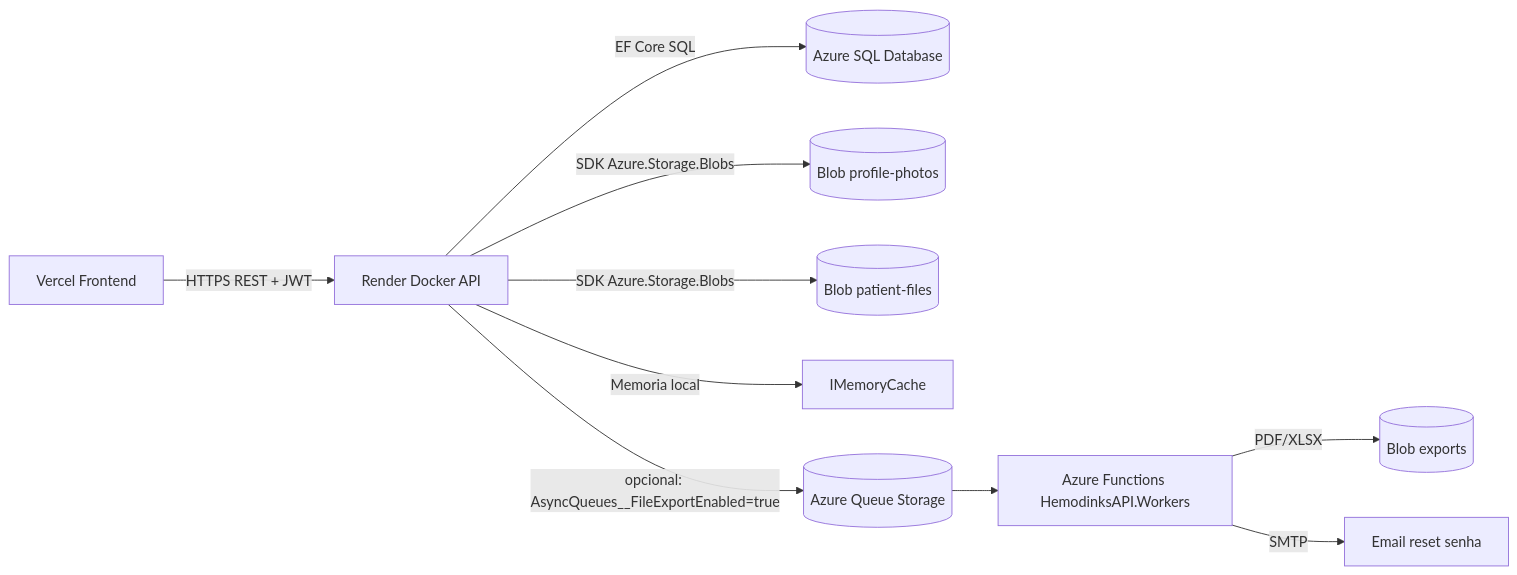
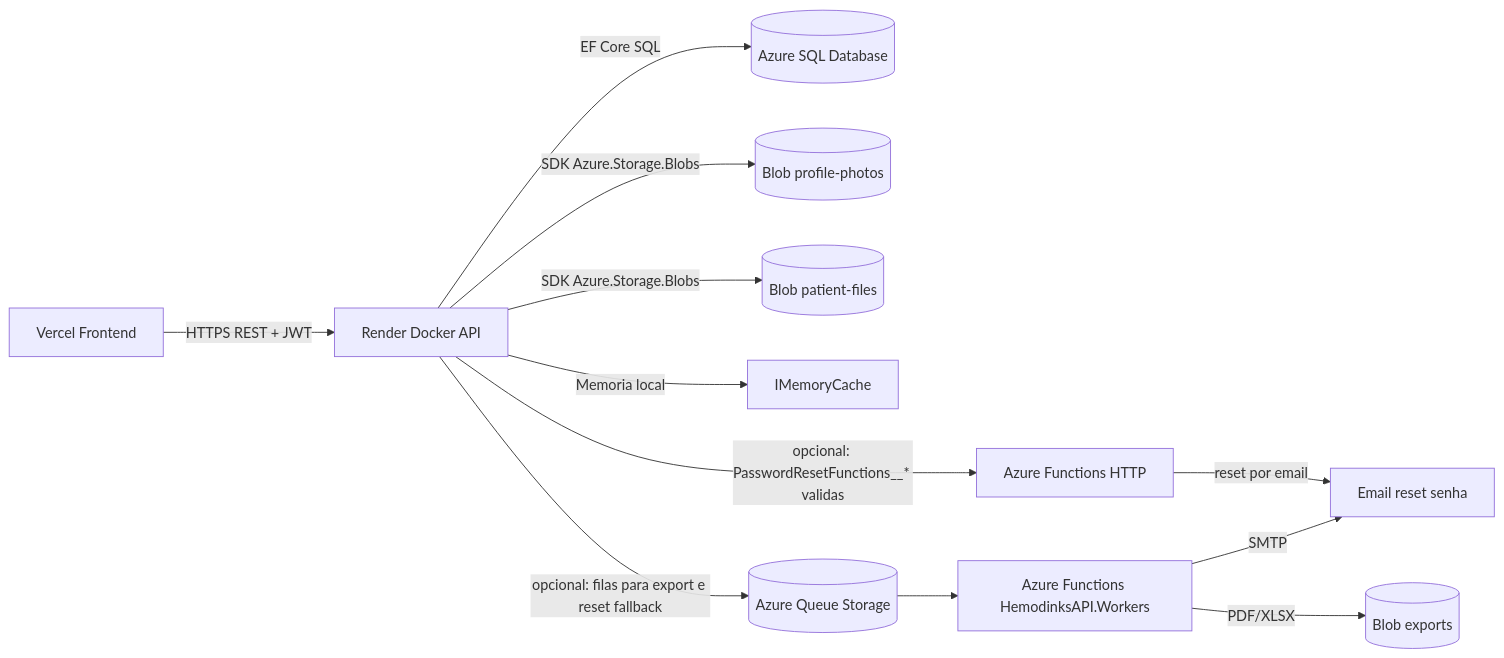
One commit to Hemodinks/hemodinks-api changed the ninth of 9 diagrams in docs/TECHNICAL_DOCUMENTATION.md. Above: the diagram before and after it, drawn with Mermaid. The commit also changed other lines of this file and 14 other files, not shown here.

````diff
--- a/docs/TECHNICAL_DOCUMENTATION.md
+++ b/docs/TECHNICAL_DOCUMENTATION.md
@@ -237,12 +267,14 @@
 ```mermaid
 flowchart LR
     Front[Vercel Frontend] -->|HTTPS REST + JWT| API[Render Docker API]
     API -->|EF Core SQL| AzureSql[(Azure SQL Database)]
     API -->|SDK Azure.Storage.Blobs| Photos[(Blob profile-photos)]
     API -->|SDK Azure.Storage.Blobs| Files[(Blob patient-files)]
     API -->|Memoria local| CbhpmCache[IMemoryCache]
-    API -->|opcional: AsyncQueues__FileExportEnabled=true| Queue[(Azure Queue Storage)]
+    API -->|opcional: PasswordResetFunctions__* validas| FunctionHttp[Azure Functions HTTP]
+    API -->|opcional: filas para export e reset fallback| Queue[(Azure Queue Storage)]
     Queue --> Functions[Azure Functions HemodinksAPI.Workers]
+    FunctionHttp -->|reset por email| Email[Email reset senha]
     Functions -->|PDF/XLSX| ExportBlob[(Blob exports)]
-    Functions -->|SMTP| Email[Email reset senha]
+    Functions -->|SMTP| Email
 ```
````
